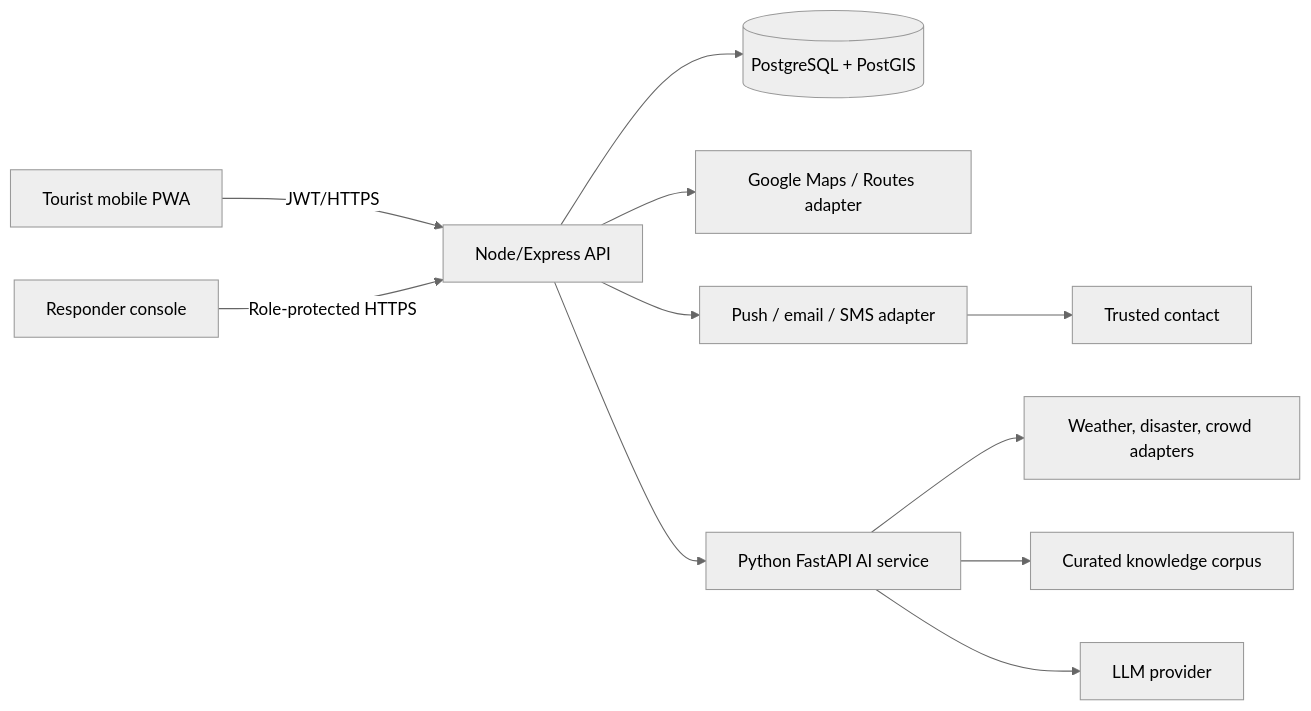
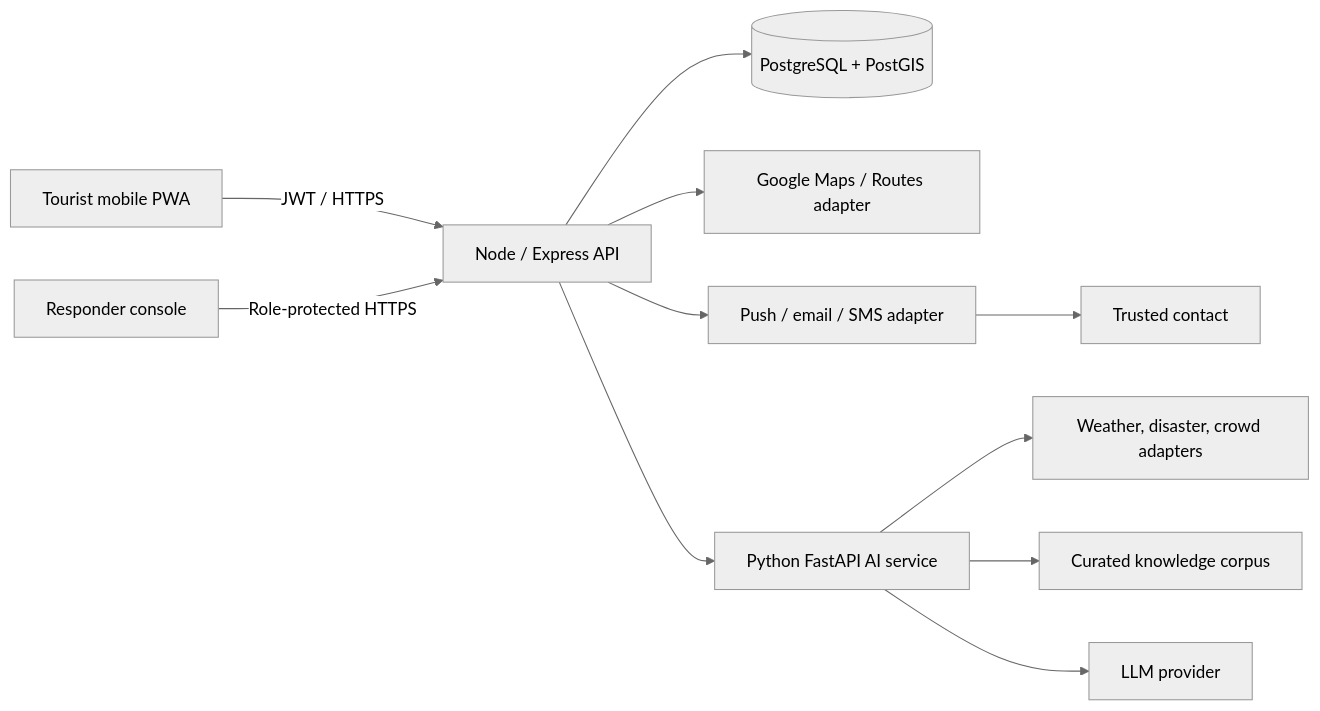
One commit to pixelnaitik/1 changed the first of 2 diagrams in docs/ARCHITECTURE.md. Above: the diagram before and after it, drawn with Mermaid (neutral theme). The commit also changed other lines of this file and 4 other files, not shown here.

````diff
--- a/docs/ARCHITECTURE.md
+++ b/docs/ARCHITECTURE.md
@@ -13,13 +28,13 @@
 ```mermaid
 flowchart LR
-  U[Tourist mobile PWA] -->|JWT/HTTPS| API[Node/Express API]
+  U[Tourist mobile PWA] -->|JWT / HTTPS| API[Node / Express API]
   R[Responder console] -->|Role-protected HTTPS| API
   API --> DB[(PostgreSQL + PostGIS)]
   API --> MAP[Google Maps / Routes adapter]
   API --> NTF[Push / email / SMS adapter]
   API --> AI[Python FastAPI AI service]
   AI --> CTX[Weather, disaster, crowd adapters]
   AI --> KB[Curated knowledge corpus]
   AI --> LLM[LLM provider]
   NTF --> TC[Trusted contact]
 ```
````
